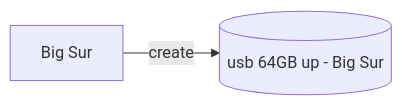
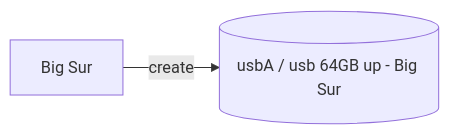
One commit to lankahsu520/HelperX changed the second of 3 diagrams in helper_macOS.md. Above: the diagram before and after it, drawn with Mermaid. The commit also changed other lines of this file, not shown here.

````diff
--- a/helper_macOS.md
+++ b/helper_macOS.md
@@ -64,7 +76,7 @@
 ```mermaid
 flowchart LR
 	BigSur[Big Sur]
-	usb_BSur[(usb 64GB up - Big Sur)]
+	usb_BSur[(usbA / usb 64GB up - Big Sur)]
 	BigSur-->|create|usb_BSur
 
 ```
````
